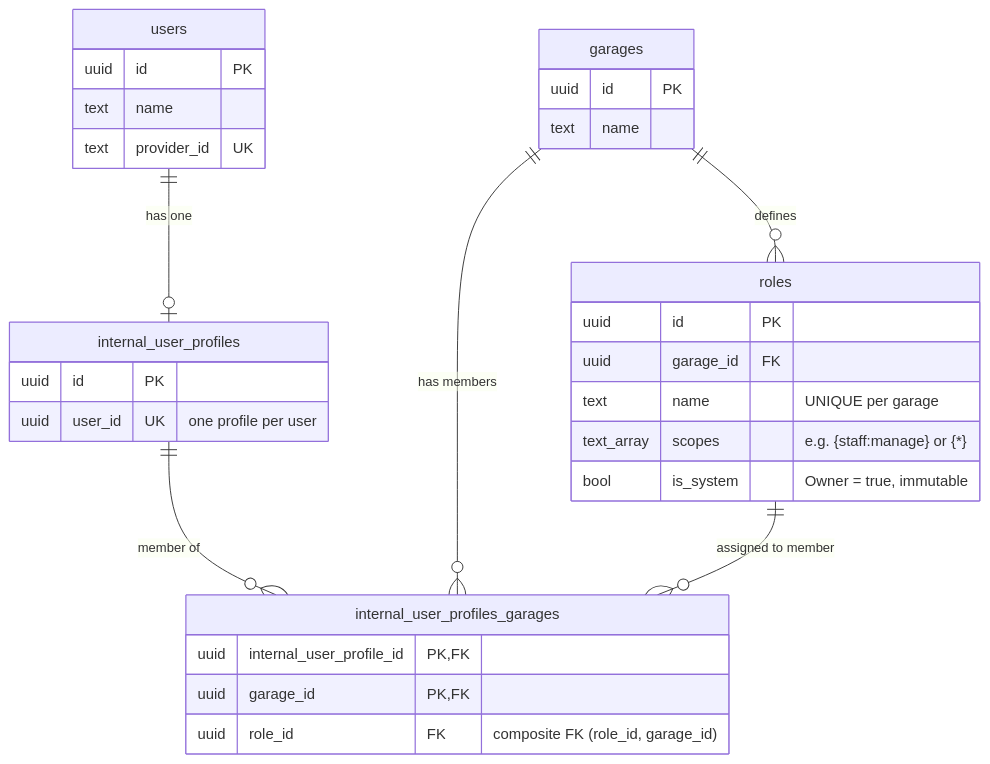
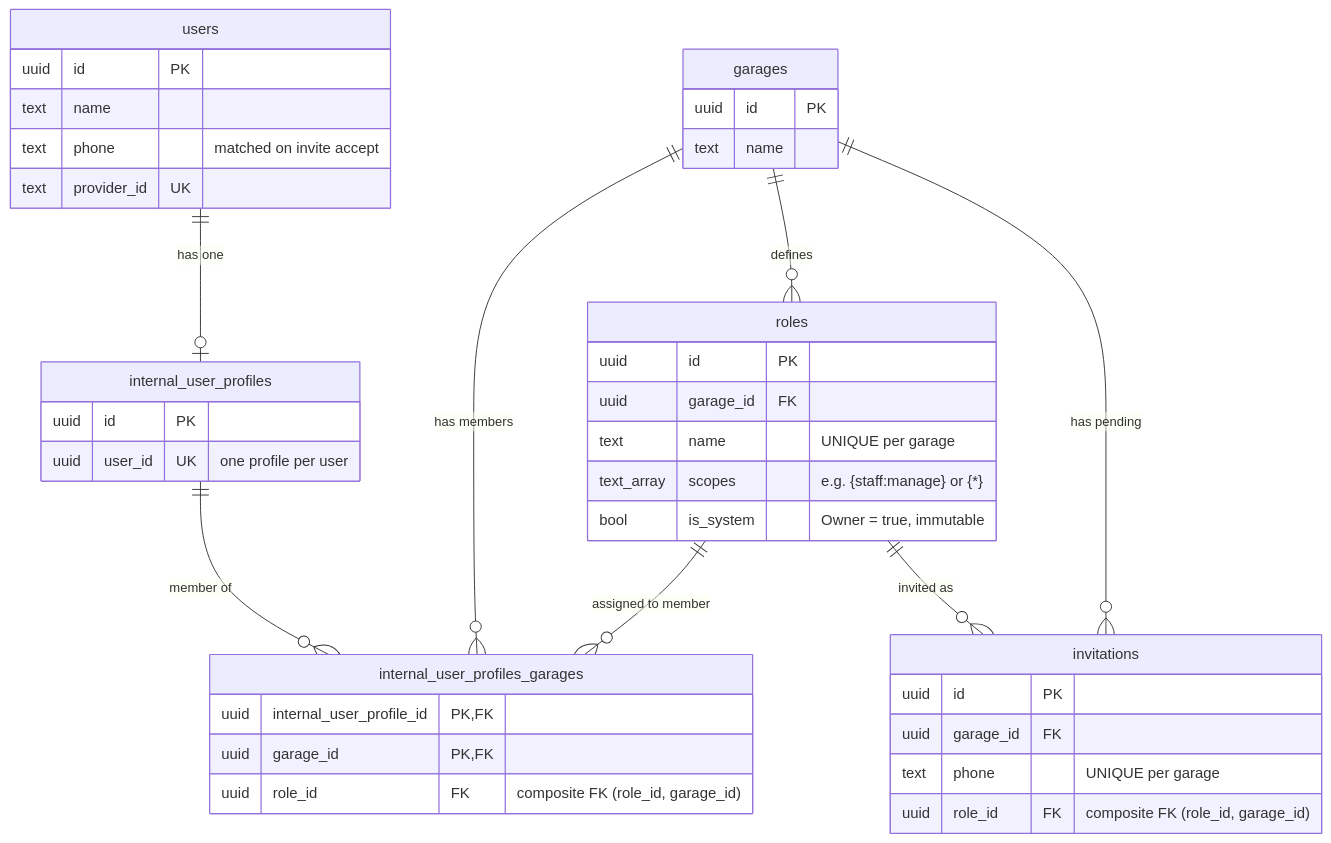
Before and after one commit to rookit-group/rookit.main.api: the fifth of 6 diagrams in docs/rbac-overview.md, drawn with Mermaid. The commit also changed other lines of this file and 24 other files, not shown here.

First line of the commit message:
Add phone-number invitation flow

````diff
--- a/docs/rbac-overview.md
+++ b/docs/rbac-overview.md
@@ -124,34 +124,43 @@
 ```mermaid
 erDiagram
     users ||--o| internal_user_profiles : "has one"
     internal_user_profiles ||--o{ internal_user_profiles_garages : "member of"
     garages ||--o{ internal_user_profiles_garages : "has members"
     garages ||--o{ roles : "defines"
     roles ||--o{ internal_user_profiles_garages : "assigned to member"
+    garages ||--o{ invitations : "has pending"
+    roles ||--o{ invitations : "invited as"
 
     users {
         uuid id PK
         text name
+        text phone "matched on invite accept"
         text provider_id UK
     }
     internal_user_profiles {
         uuid id PK
         uuid user_id UK "one profile per user"
     }
     garages {
         uuid id PK
         text name
     }
     roles {
         uuid id PK
         uuid garage_id FK
         text name "UNIQUE per garage"
         text_array scopes "e.g. {staff:manage} or {*}"
         bool is_system "Owner = true, immutable"
     }
     internal_user_profiles_garages {
         uuid internal_user_profile_id PK,FK
         uuid garage_id PK,FK
         uuid role_id FK "composite FK (role_id, garage_id)"
     }
+    invitations {
+        uuid id PK
+        uuid garage_id FK
+        text phone "UNIQUE per garage"
+        uuid role_id FK "composite FK (role_id, garage_id)"
+    }
 ```
````
